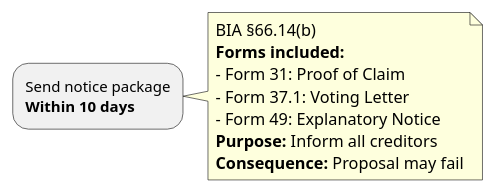
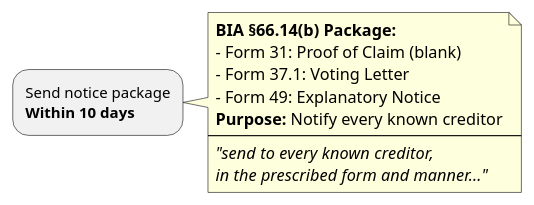
The second of 2 diagrams in .claude/skills/study-guide-generator/SKILL.md (Serendiggity/StudySession-LE), drawn with PlantUML before and after one commit. The commit also changed other lines of this file and 5 other files, not shown here.

````diff
--- a/.claude/skills/study-guide-generator/SKILL.md
+++ b/.claude/skills/study-guide-generator/SKILL.md
@@ -160,6 +160,15 @@
 ```plantuml
 |💼 Administrator|
 :Send notice package
 **Within 10 days**;
-note right: BIA §66.14(b)\n**Forms included:**\n- Form 31: Proof of Claim\n- Form 37.1: Voting Letter\n- Form 49: Explanatory Notice\n**Purpose:** Inform all creditors\n**Consequence:** Proposal may fail
+note right
+  **BIA §66.14(b) Package:**
+  - Form 31: Proof of Claim (blank)
+  - Form 37.1: Voting Letter
+  - Form 49: Explanatory Notice
+  **Purpose:** Notify every known creditor
+  ----
+  //"send to every known creditor,//
+  //in the prescribed form and manner..."//
+end note
 ```
````
